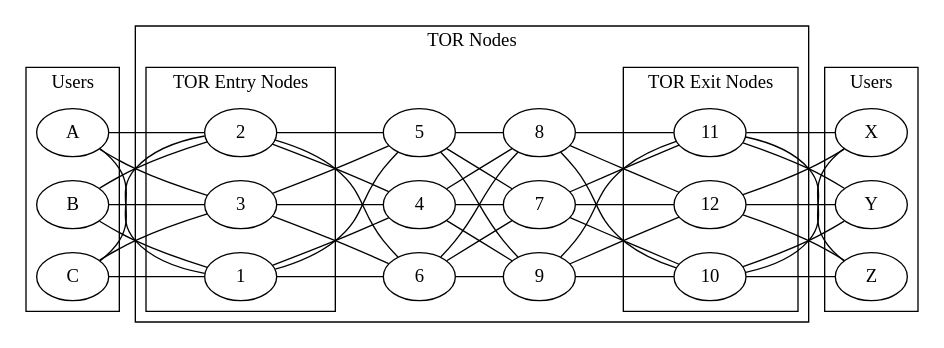
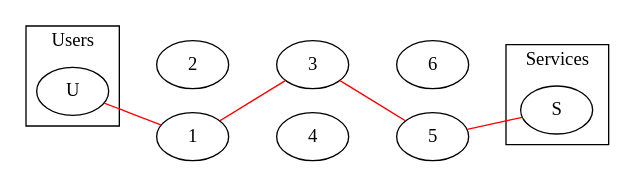
One commit to Kiyotoko/anonymous-communication-systems changed the diagram in graph/tor.dot. Above: the diagram before and after it, drawn with Graphviz. The commit also changed 10 other files, not shown here.

Commit message:
Include svg graphics

```diff
--- a/graph/tor.dot
+++ b/graph/tor.dot
@@ -1,40 +1,30 @@
 graph {
 	rankdir=LR
-	{B C A} -- {1 2 3} -- {4 5 6} -- {7 8 9} -- {10 11 12} -- {Z X Y}
+
+	{U} -- {2} -- {3 4} -- {6} -- {S} [style=invis]
+
+	{1} -- {4} -- {5} [style=invis]
+
+	{U} -- {1} -- {3} -- {5} -- {S} [color=red]
 	
 	subgraph {
 		cluster=true
 		label="Users"
 	
-		A B C
+		U
 	}
 	
 	subgraph {
 		cluster=true
-		label="TOR Nodes"
+		label="Services"
 	
-		subgraph {
-			cluster=true
-			label="TOR Entry Nodes"
-		
-			1 2 3
-		}
-		
+		S
+	}
+	
+	subgraph {
+		label="Tor Nodes"
+	
+		1 2 3
 		4 5 6
-		7 8 9
-		
-		subgraph {
-			cluster=true
-			label="TOR Exit Nodes"
-		
-			10 11 12
-		}
-	}
-
-	subgraph {
-		cluster=true
-		label="Users"
-	
-		X Y Z
 	}
 }
```
